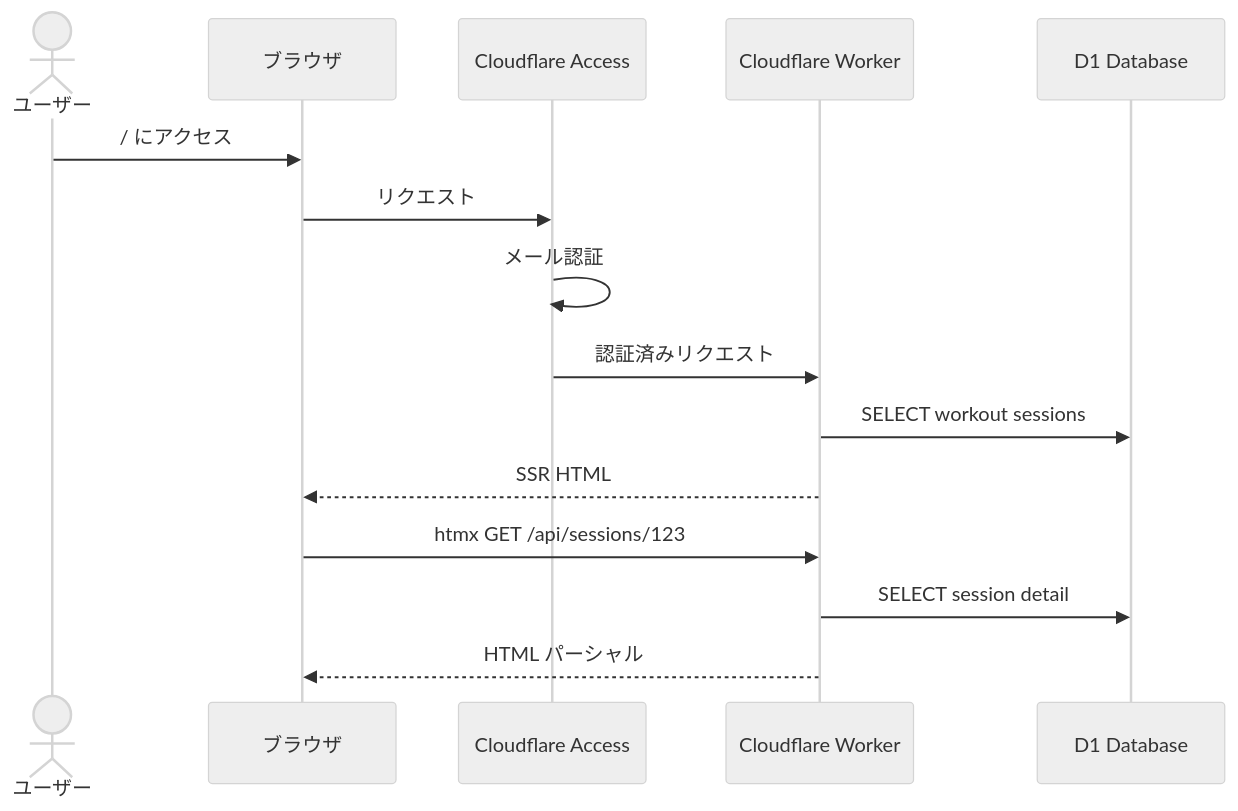
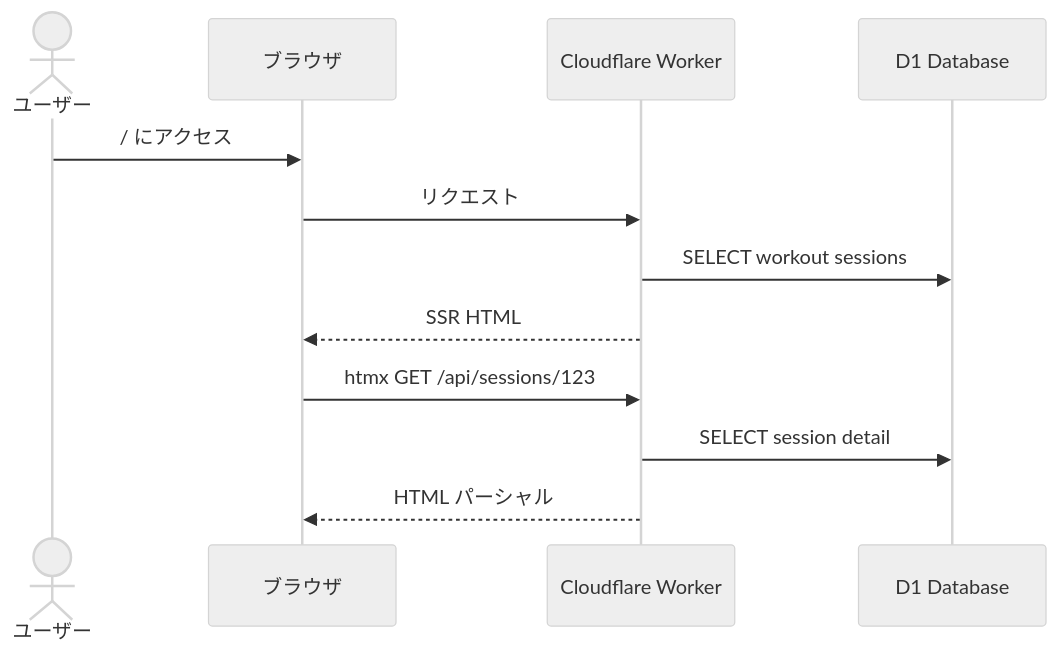
The third of 3 diagrams in docs/architecture.md (japan4415/training-logger), drawn with Mermaid (neutral theme) before and after one commit. The commit also changed other lines of this file and 4 other files, not shown here.

First line of the commit message:
docs: MCP認証・Cloudflare Access・feedbackツールを設計から削除

````diff
--- a/docs/architecture.md
+++ b/docs/architecture.md
@@ -146,18 +108,15 @@
 ```mermaid
 sequenceDiagram
     actor User as ユーザー
     participant Browser as ブラウザ
-    participant Access as Cloudflare Access
     participant Worker as Cloudflare Worker
     participant D1 as D1 Database
 
     User->>Browser: / にアクセス
-    Browser->>Access: リクエスト
-    Access->>Access: メール認証
-    Access->>Worker: 認証済みリクエスト
+    Browser->>Worker: リクエスト
     Worker->>D1: SELECT workout sessions
     Worker-->>Browser: SSR HTML
     Browser->>Worker: htmx GET /api/sessions/123
     Worker->>D1: SELECT session detail
     Worker-->>Browser: HTML パーシャル
 ```
````
